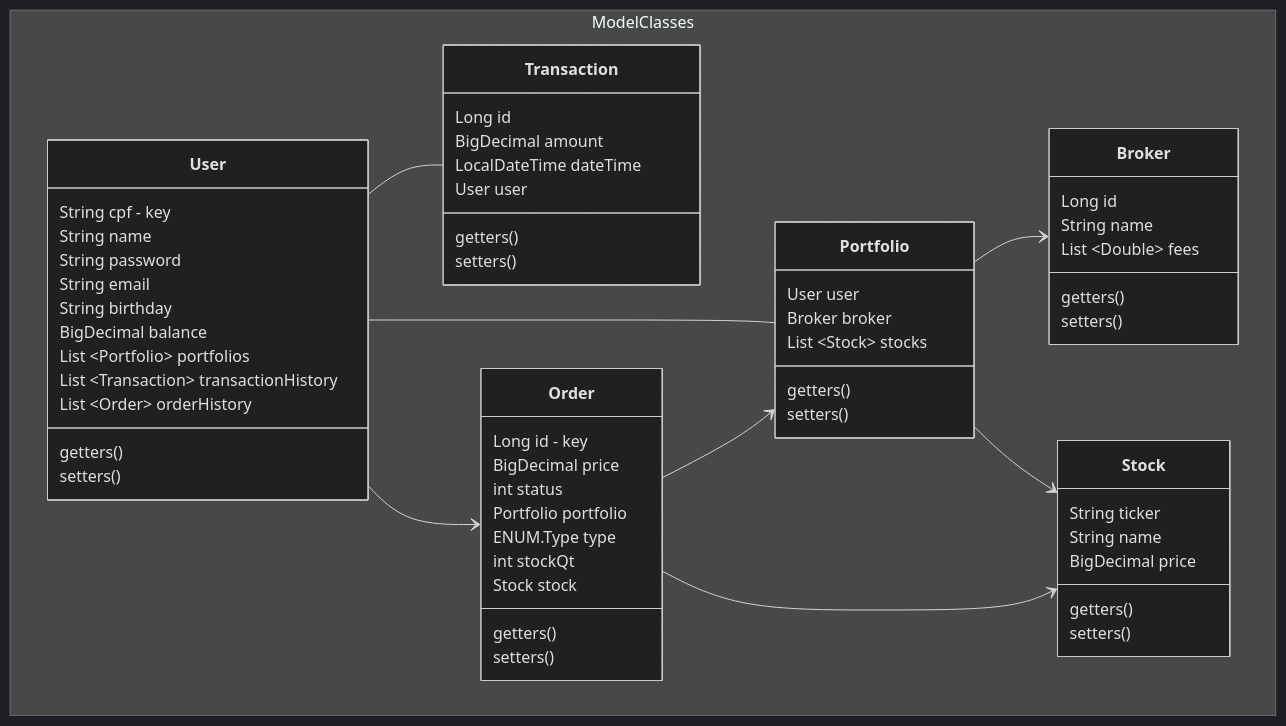
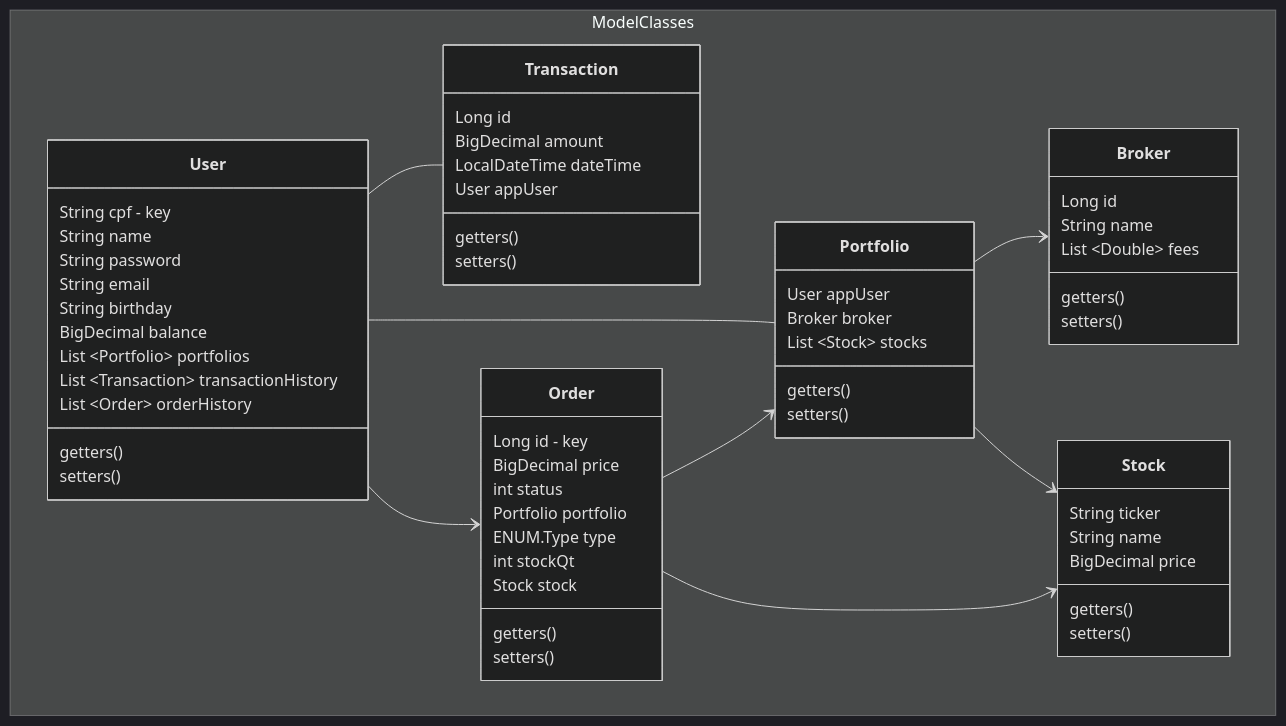
The first of 2 diagrams in README.md (leialemon/projeto-web-b3), drawn with Mermaid (dark theme) before and after one commit. The commit also changed other lines of this file and 8 other files, not shown here.

Commit message:
classe User renomeada para AppUser;implementação das classes CreateUserService e FetchUserService.

````diff
--- a/README.md
+++ b/README.md
@@ -11,75 +11,75 @@
 ```mermaid
 classDiagram
 namespace ModelClasses {
 
 class User {
     String cpf - key
     String name
     String password
     String email
     String birthday
     BigDecimal balance
     List ~Portfolio~ portfolios
     List ~Transaction~ transactionHistory
     List ~Order~ orderHistory
     getters()
     setters()
 }
 
 class Order{
     Long id - key
     BigDecimal price
     int status
     Portfolio portfolio
     ENUM.Type type
     int stockQt
     Stock stock
     getters()
     setters()
 }
 
 class Stock{
     String ticker
     String name
     BigDecimal price
     getters()
     setters()
 }
 
 class Broker{
     Long id
     String name
     List ~Double~ fees
     getters()
     setters()
 }
 
 class Portfolio{
-    User user
+    User appUser
     Broker broker
     List ~Stock~ stocks
     getters()
     setters()
 }
 
 class Transaction{
     Long id
     BigDecimal amount
     LocalDateTime dateTime
-    User user
+    User appUser
     getters()
     setters()
 }
 
 }
 
 User -- Transaction
 User -- Portfolio
 User --> Order
 
 Order --> Portfolio
 Order --> Stock
 
 Portfolio --> Broker
 Portfolio --> Stock
 ```
````
